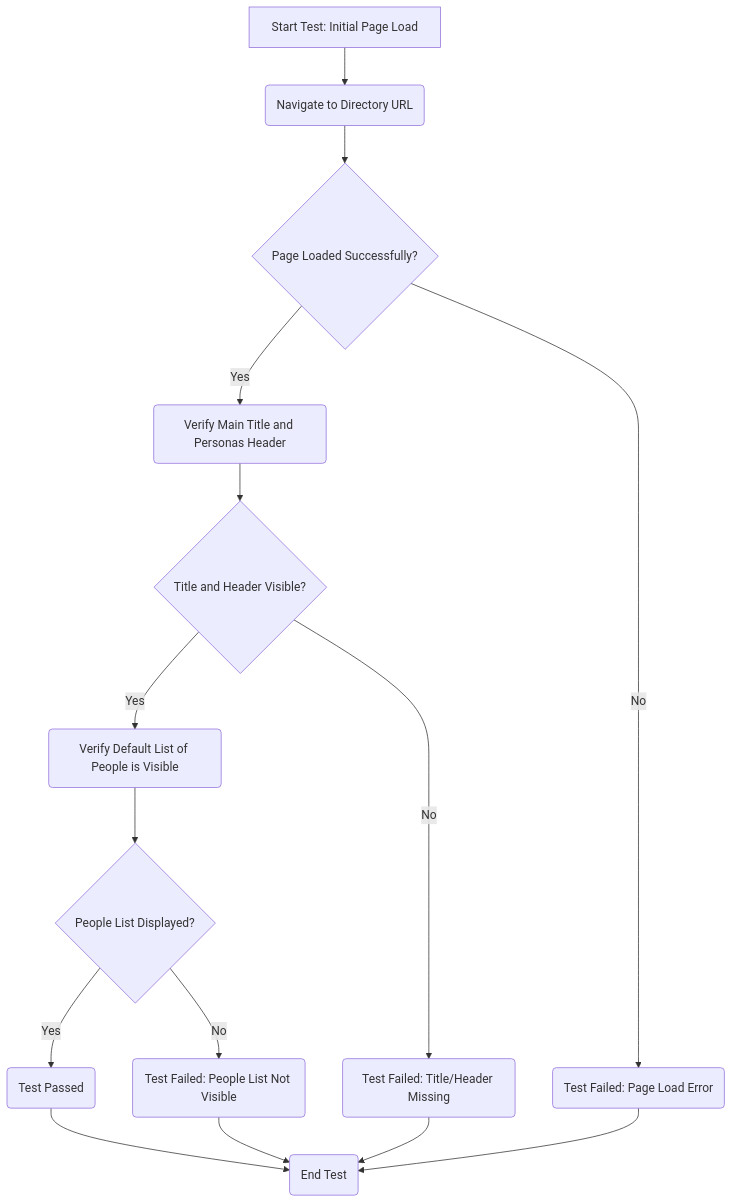
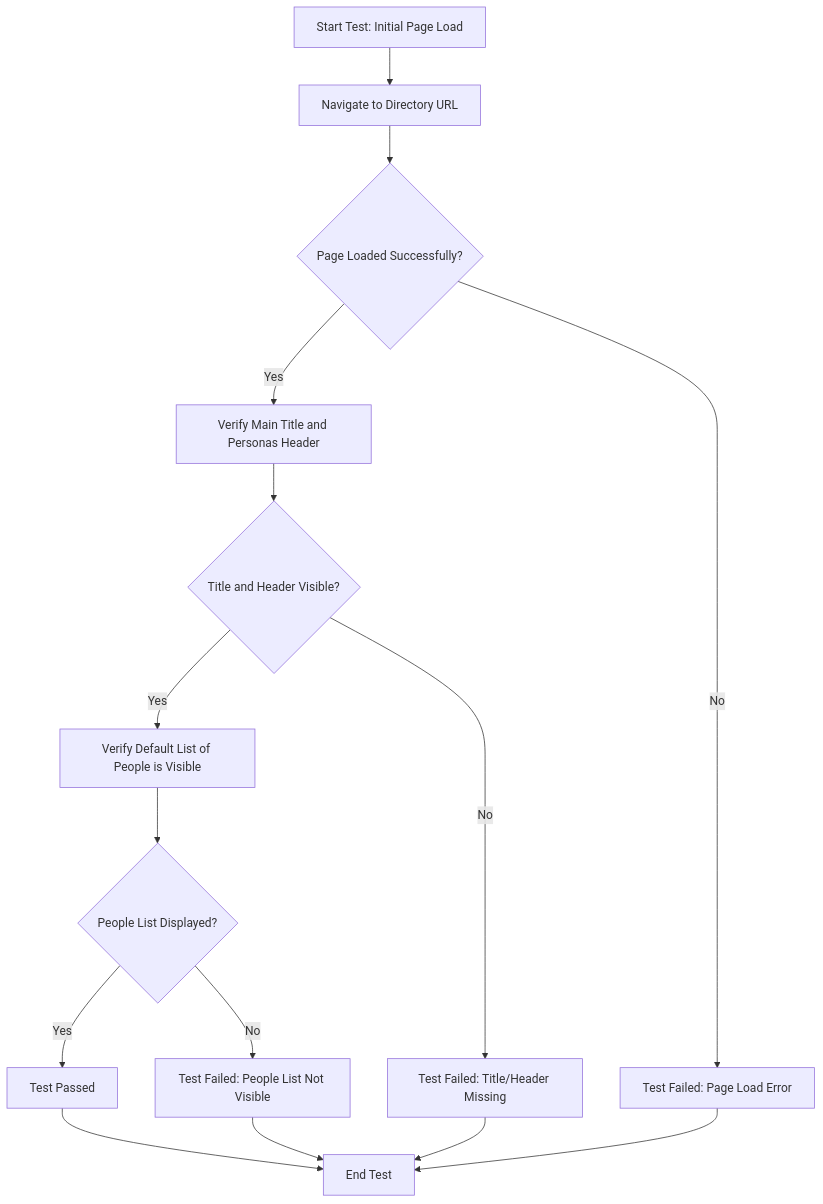
Before and after one commit to mandypepe/sdd_selenium: the third of 7 diagrams in README.md, drawn with Mermaid. The commit also changed other lines of this file and 36 other files, not shown here.

First line of the commit message:
Feature/qa tc008 test directory alphabetical index (#7)

````diff
--- a/README.md
+++ b/README.md
@@ -144,17 +160,17 @@
 ```mermaid
-graph TD
-    A[Start Test: Initial Page Load] --> B(Navigate to Directory URL);
-    B --> C{Page Loaded Successfully?};
-    C -- Yes --> D(Verify Main Title and Personas Header);
-    D --> E{Title and Header Visible?};
-    E -- Yes --> F(Verify Default List of People is Visible);
-    F --> G{People List Displayed?};
-    G -- Yes --> H(Test Passed);
-    C -- No --> I(Test Failed: Page Load Error);
-    E -- No --> J(Test Failed: Title/Header Missing);
-    G -- No --> K(Test Failed: People List Not Visible);
-    H --> L(End Test);
-    I --> L;
-    J --> L;
-    K --> L;
+flowchart TD
+    A[Start Test: Initial Page Load] --> B["Navigate to Directory URL"]
+    B --> C{Page Loaded Successfully?}
+    C -- Yes --> D["Verify Main Title and Personas Header"]
+    D --> E{Title and Header Visible?}
+    E -- Yes --> F["Verify Default List of People is Visible"]
+    F --> G{People List Displayed?}
+    G -- Yes --> H[Test Passed]
+    C -- No --> I[Test Failed: Page Load Error]
+    E -- No --> J[Test Failed: Title/Header Missing]
+    G -- No --> K[Test Failed: People List Not Visible]
+    H --> L[End Test]
+    I --> L
+    J --> L
+    K --> L
 ```
````
